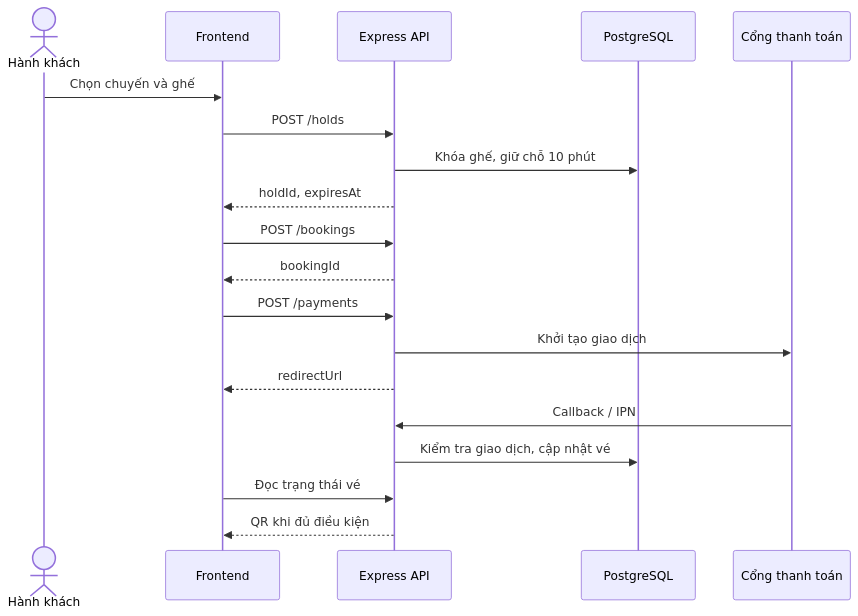
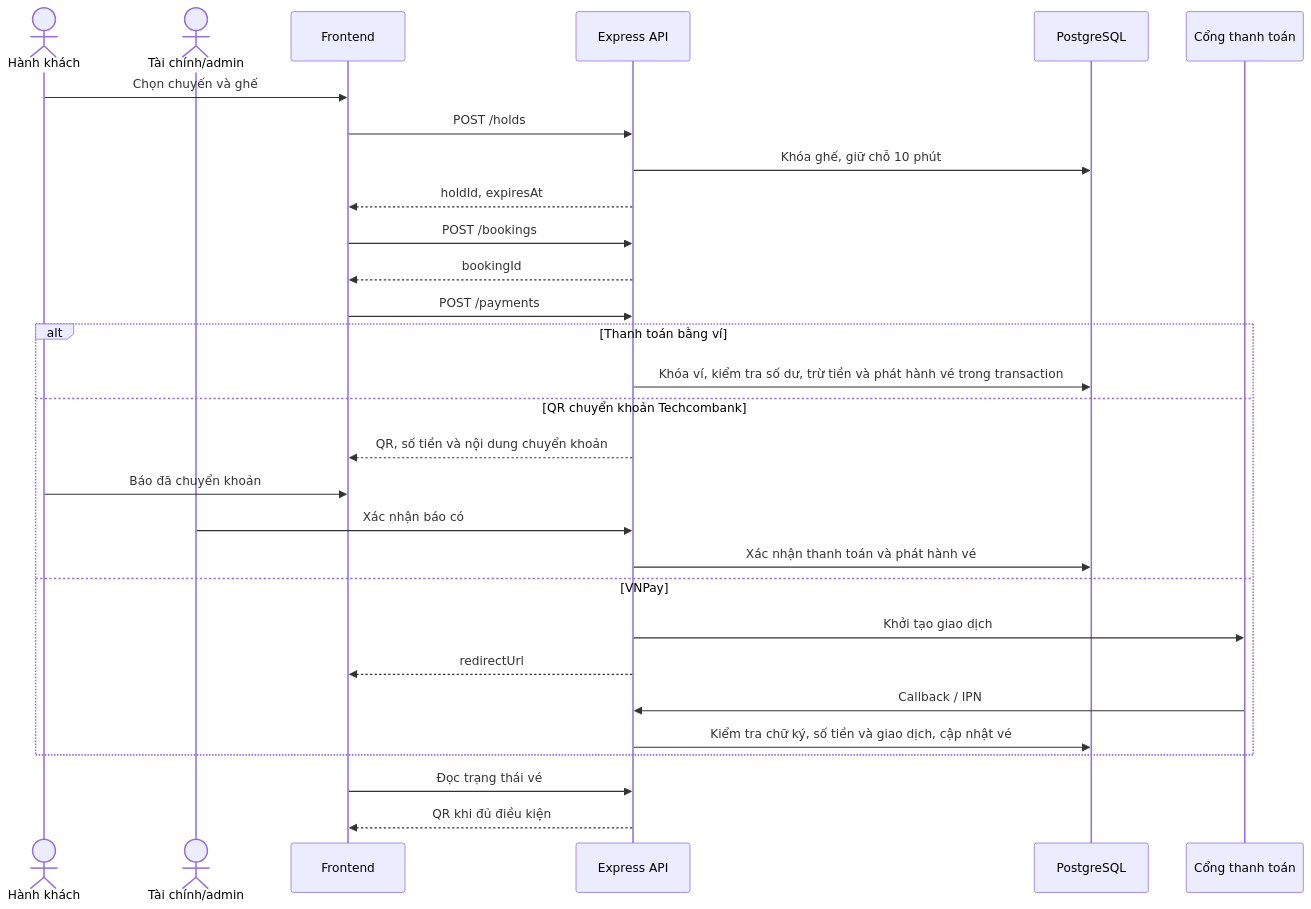
The second of 2 diagrams in README.md (tamtran2k6zz/Project_Smart_Bus_Ticketing_System_ictu), drawn with Mermaid before and after one commit. The commit also changed other lines of this file, not shown here.

````diff
--- a/README.md
+++ b/README.md
@@ -129,21 +135,31 @@
 ```mermaid
 sequenceDiagram
     actor P as Hành khách
+    actor F as Tài chính/admin
     participant UI as Frontend
     participant API as Express API
     participant DB as PostgreSQL
     participant G as Cổng thanh toán
     P->>UI: Chọn chuyến và ghế
     UI->>API: POST /holds
     API->>DB: Khóa ghế, giữ chỗ 10 phút
     API-->>UI: holdId, expiresAt
     UI->>API: POST /bookings
     API-->>UI: bookingId
     UI->>API: POST /payments
-    API->>G: Khởi tạo giao dịch
-    API-->>UI: redirectUrl
-    G->>API: Callback / IPN
-    API->>DB: Kiểm tra giao dịch, cập nhật vé
+    alt Thanh toán bằng ví
+        API->>DB: Khóa ví, kiểm tra số dư, trừ tiền và phát hành vé trong transaction
+    else QR chuyển khoản Techcombank
+        API-->>UI: QR, số tiền và nội dung chuyển khoản
+        P->>UI: Báo đã chuyển khoản
+        F->>API: Xác nhận báo có
+        API->>DB: Xác nhận thanh toán và phát hành vé
+    else VNPay
+        API->>G: Khởi tạo giao dịch
+        API-->>UI: redirectUrl
+        G->>API: Callback / IPN
+        API->>DB: Kiểm tra chữ ký, số tiền và giao dịch, cập nhật vé
+    end
     UI->>API: Đọc trạng thái vé
     API-->>UI: QR khi đủ điều kiện
 ```
````
